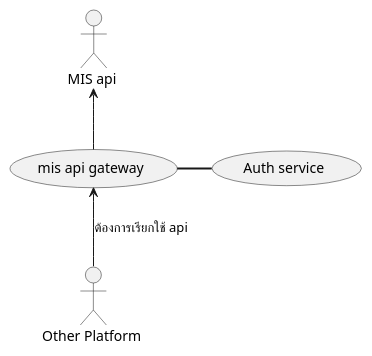
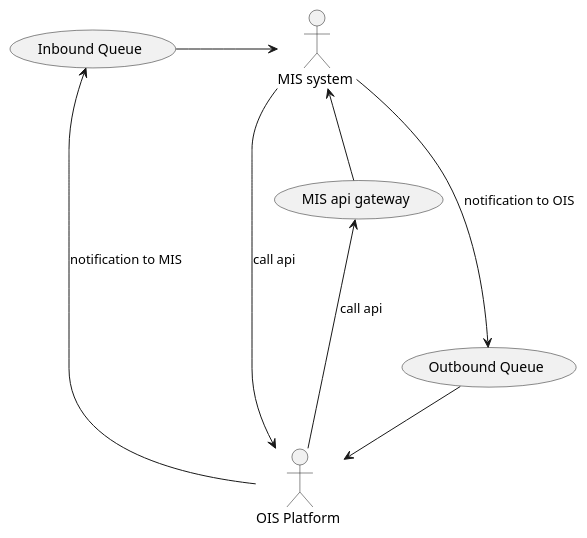
The diagram in uml/api_gateway.plantuml (lionants02/mis-api-doc), drawn with PlantUML before and after one commit. The commit also changed 1 other file, not shown here.

```diff
--- a/uml/api_gateway.plantuml
+++ b/uml/api_gateway.plantuml
@@ -1,12 +1,20 @@
 @startuml
-:Other Platform : as Other
-:MIS api : as MIS
-: mis api gateway : as (gateway)
-: Auth service : as (auth)
+  :OIS Platform : as OIS
+  :MIS system : as MIS
+  : MIS api gateway : as (gateway)
 
-  gateway <-- Other : ต้องการเรียกใช้ api
+  gateway <-- OIS : call api
   MIS <-- gateway
 
-  gateway = auth
+  : Outbound Queue : as (outbound)
+  MIS ----> outbound : notification to OIS
+
+  outbound --> OIS
+
+  : Inbound Queue : as (inbound)
+  OIS ----> inbound : notification to MIS
+  inbound -> MIS
+
+  MIS --> OIS : call api
 
 @enduml
```
